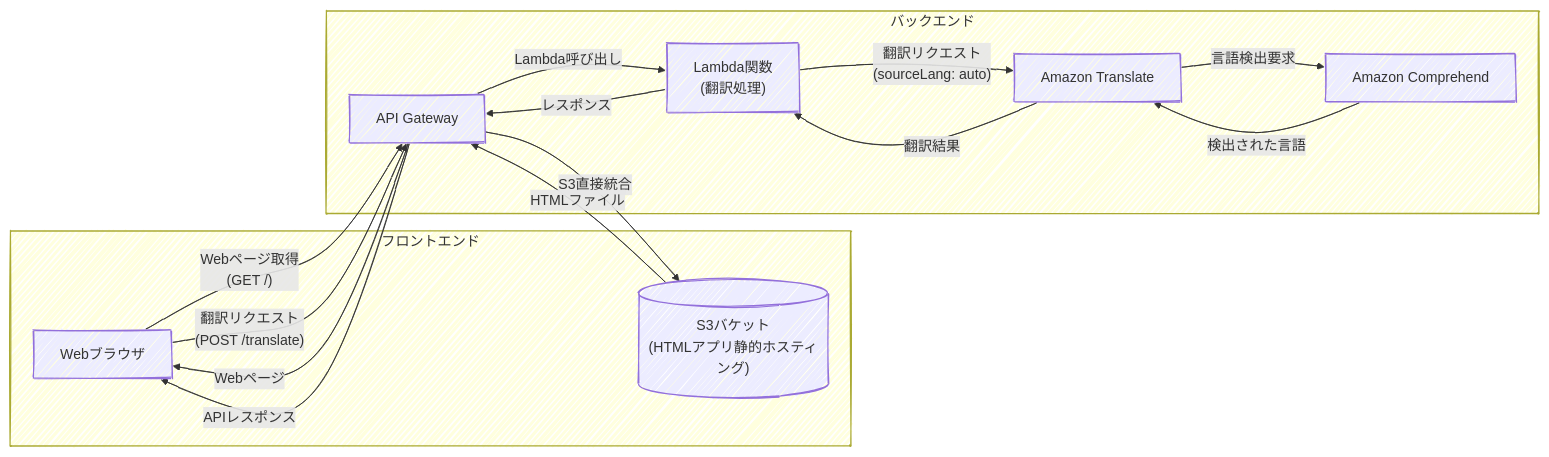
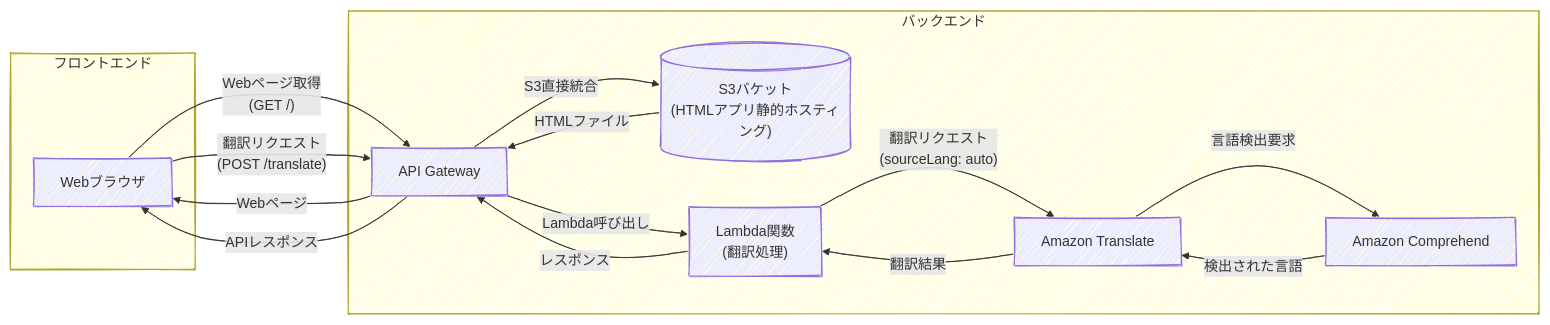
Before and after one commit to niizawat/cdk-conference-workshop-for-beginners: the second of 2 diagrams in contents/slide/slide-workshop.md, drawn with Mermaid. The commit also changed other lines of this file and 18 other files, not shown here.

````diff
--- a/contents/slide/slide-workshop.md
+++ b/contents/slide/slide-workshop.md
@@ -175,27 +331,27 @@
 ```mermaid
 %%{init: {'theme':'default', 'look': 'handDrawn'}}%%
 graph LR
   subgraph "フロントエンド"
     A["Webブラウザ"]
-    B[("S3バケット<br/>(HTMLアプリ静的ホスティング)")]
   end
 
   subgraph "バックエンド"
+    B[("S3バケット<br/>(HTMLアプリ静的ホスティング)")]
     C["API Gateway"]
     D["Lambda関数<br/>(翻訳処理)"]
     E["Amazon Translate"]
     F["Amazon Comprehend"]
     A-->|"Webページ取得<br/>(GET /)"|C
     C-->|"S3直接統合"|B
     B-->|"HTMLファイル"|C
     C-->|"Webページ"|A
     A-->|"翻訳リクエスト<br/>(POST /translate)"|C
     C-->|"Lambda呼び出し"|D
     D-->|"翻訳リクエスト<br/>(sourceLang: auto)"|E
     E-->|"言語検出要求"|F
     F-->|"検出された言語"|E
     E-->|"翻訳結果"|D
     D-->|"レスポンス"|C
     C-->|"APIレスポンス"|A
   end
 ```
````
